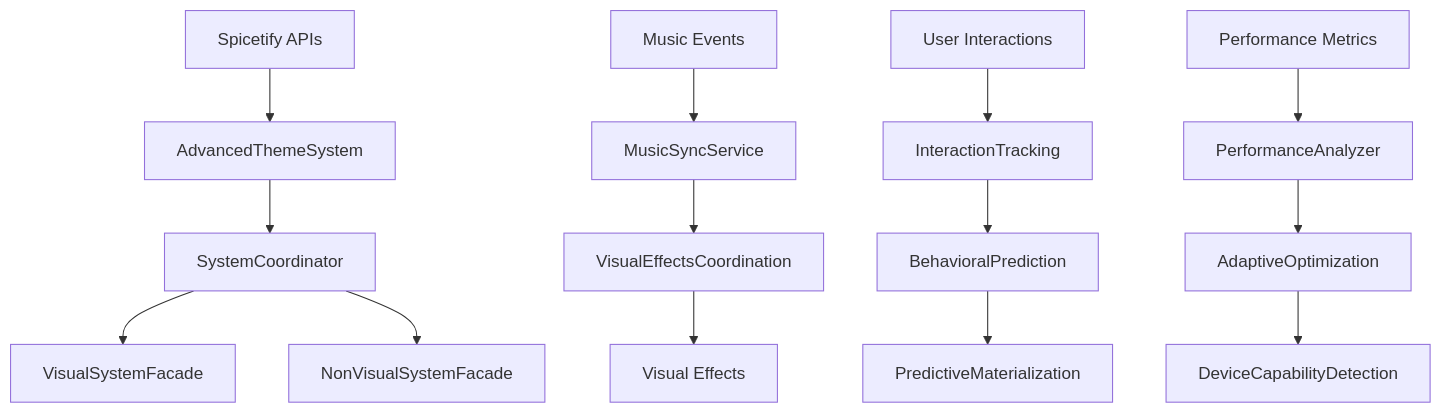
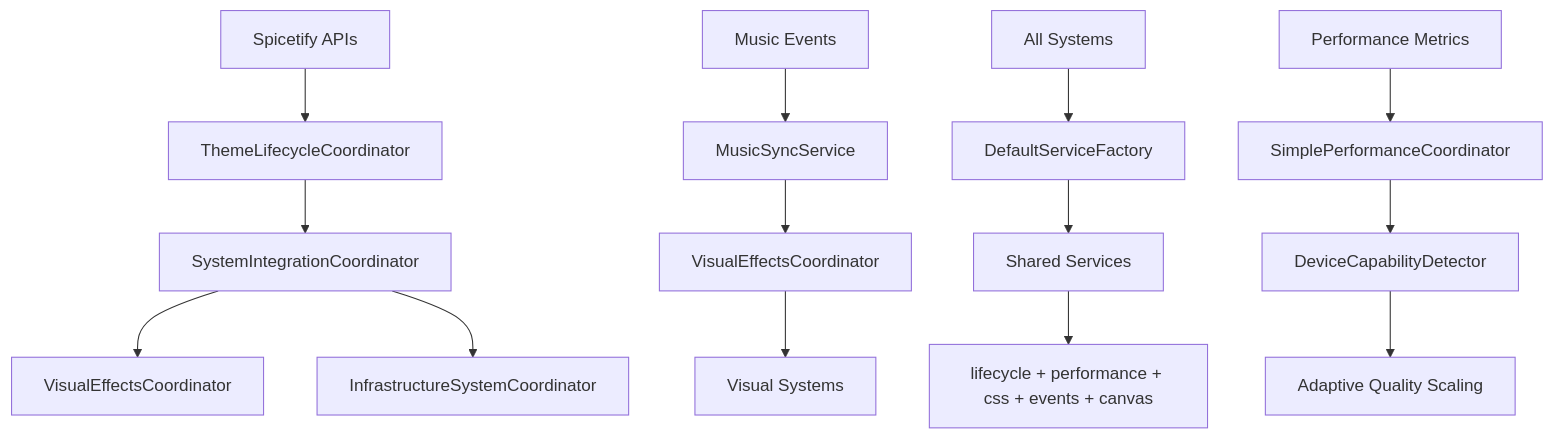
One commit to minipuft/catppuccin-starrynight changed the diagram in docs/MASTER_ARCHITECTURE_OVERVIEW.md. Above: the diagram before and after it, drawn with Mermaid. The commit also changed other lines of this file and 10 other files, not shown here.

First line of the commit message:
refactor(architecture): rename ServiceCompositionBase to SystemServiceBridge and update documentation

````diff
--- a/docs/MASTER_ARCHITECTURE_OVERVIEW.md
+++ b/docs/MASTER_ARCHITECTURE_OVERVIEW.md
@@ -79,19 +95,19 @@
 ```mermaid
 graph TD
-    A[Spicetify APIs] --> B[AdvancedThemeSystem]
-    B --> C[SystemCoordinator]
-    C --> D[VisualSystemFacade]
-    C --> E[NonVisualSystemFacade]
-    
+    A[Spicetify APIs] --> B[ThemeLifecycleCoordinator]
+    B --> C[SystemIntegrationCoordinator]
+    C --> D[VisualEffectsCoordinator]
+    C --> E[InfrastructureSystemCoordinator]
+
     F[Music Events] --> G[MusicSyncService]
-    G --> H[VisualEffectsCoordination]
-    H --> I[Visual Effects]
-    
-    J[User Interactions] --> K[InteractionTracking]
-    K --> L[BehavioralPrediction]
-    L --> M[PredictiveMaterialization]
-    
-    N[Performance Metrics] --> O[PerformanceAnalyzer]
-    O --> P[AdaptiveOptimization]
-    P --> Q[DeviceCapabilityDetection]
+    G --> H[VisualEffectsCoordinator]
+    H --> I[Visual Systems]
+
+    J[All Systems] --> K[DefaultServiceFactory]
+    K --> L[Shared Services]
+    L --> M[lifecycle + performance + css + events + canvas]
+
+    N[Performance Metrics] --> O[SimplePerformanceCoordinator]
+    O --> P[DeviceCapabilityDetector]
+    P --> Q[Adaptive Quality Scaling]
 ```
````
